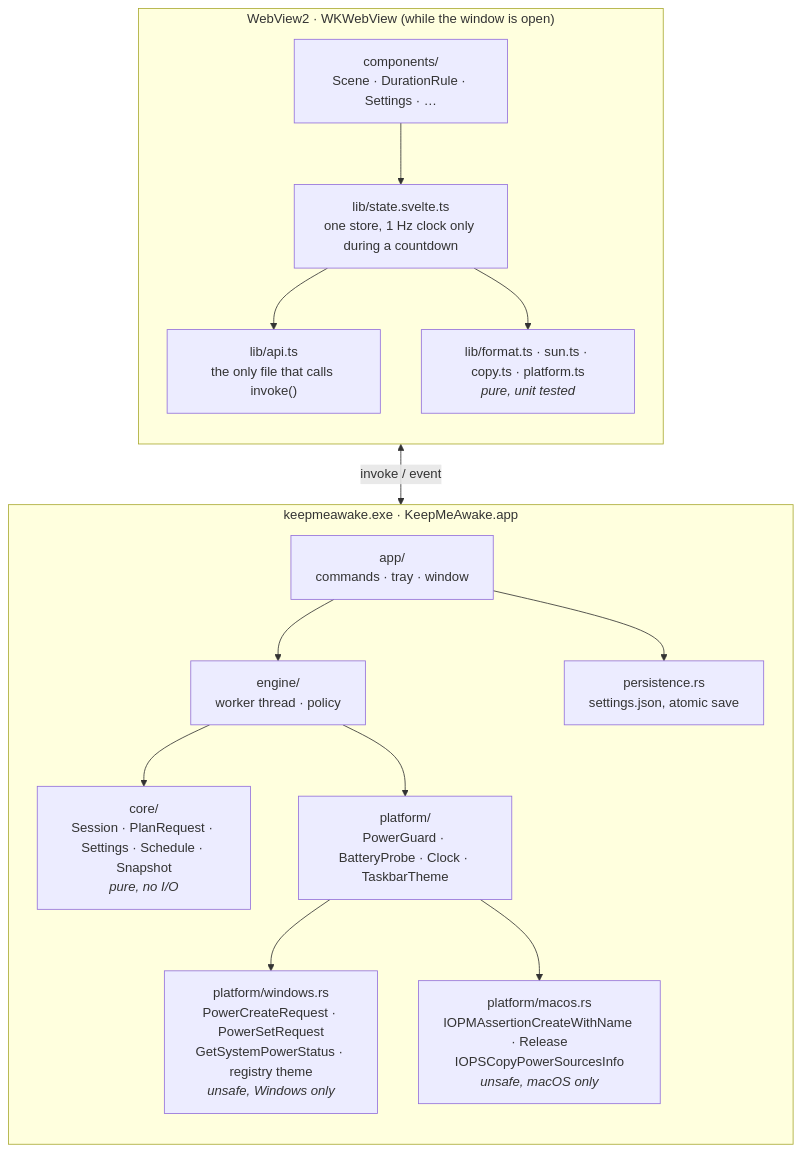
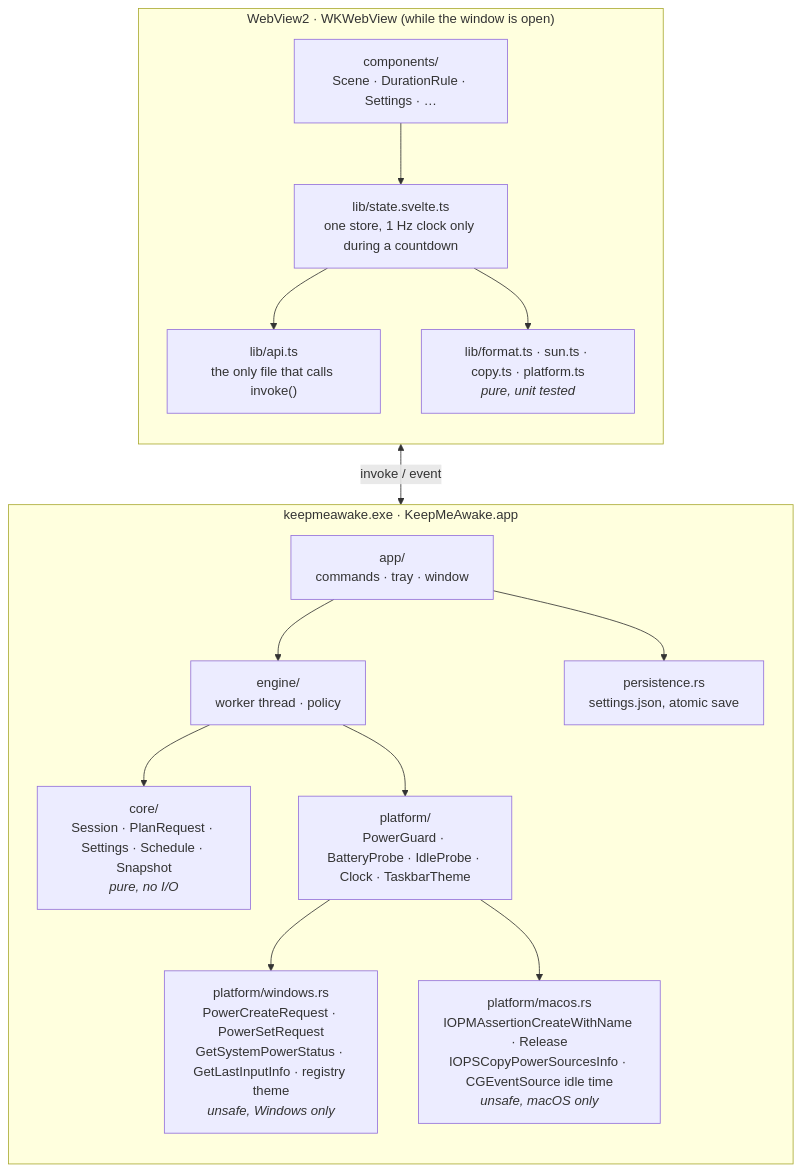
The first of 6 diagrams in docs/architecture.md (ax5hay/KeepMeAwake), drawn with Mermaid before and after one commit. The commit also changed other lines of this file and 9 other files, not shown here.

First line of the commit message:
docs: overnight guard in the guide, architecture and changelog

````diff
--- a/docs/architecture.md
+++ b/docs/architecture.md
@@ -10,27 +10,27 @@
 ```mermaid
 flowchart TB
     subgraph exe["keepmeawake.exe · KeepMeAwake.app"]
         direction TB
         app["app/<br/>commands · tray · window"]
         engine["engine/<br/>worker thread · policy"]
         core["core/<br/>Session · PlanRequest · Settings · Schedule · Snapshot<br/><i>pure, no I/O</i>"]
-        platform["platform/<br/>PowerGuard · BatteryProbe · Clock · TaskbarTheme"]
-        win["platform/windows.rs<br/>PowerCreateRequest · PowerSetRequest<br/>GetSystemPowerStatus · registry theme<br/><i>unsafe, Windows only</i>"]
-        mac["platform/macos.rs<br/>IOPMAssertionCreateWithName · Release<br/>IOPSCopyPowerSourcesInfo<br/><i>unsafe, macOS only</i>"]
+        platform["platform/<br/>PowerGuard · BatteryProbe · IdleProbe · Clock · TaskbarTheme"]
+        win["platform/windows.rs<br/>PowerCreateRequest · PowerSetRequest<br/>GetSystemPowerStatus · GetLastInputInfo · registry theme<br/><i>unsafe, Windows only</i>"]
+        mac["platform/macos.rs<br/>IOPMAssertionCreateWithName · Release<br/>IOPSCopyPowerSourcesInfo · CGEventSource idle time<br/><i>unsafe, macOS only</i>"]
         persist["persistence.rs<br/>settings.json, atomic save"]
         app --> engine --> core
         engine --> platform --> win
         platform --> mac
         app --> persist
     end
     subgraph webview["WebView2 · WKWebView (while the window is open)"]
         direction TB
         api["lib/api.ts<br/>the only file that calls invoke()"]
         store["lib/state.svelte.ts<br/>one store, 1 Hz clock only during a countdown"]
         pure["lib/format.ts · sun.ts · copy.ts · platform.ts<br/><i>pure, unit tested</i>"]
         ui["components/<br/>Scene · DurationRule · Settings · …"]
         ui --> store --> api
         store --> pure
     end
     api <-->|"invoke / event"| app
 ```
````
